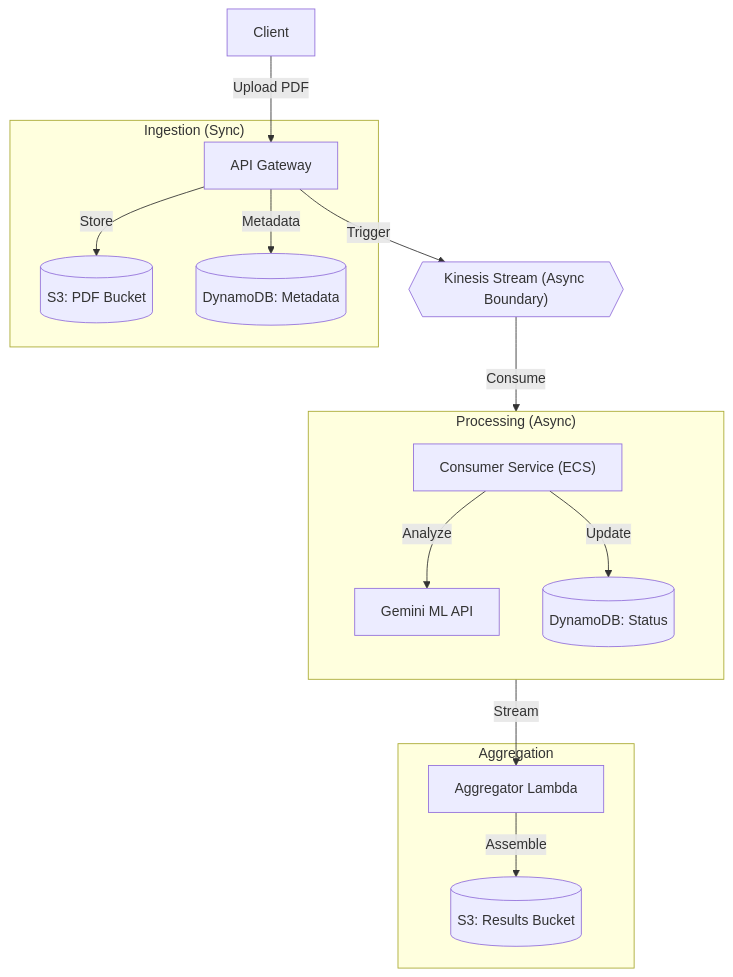
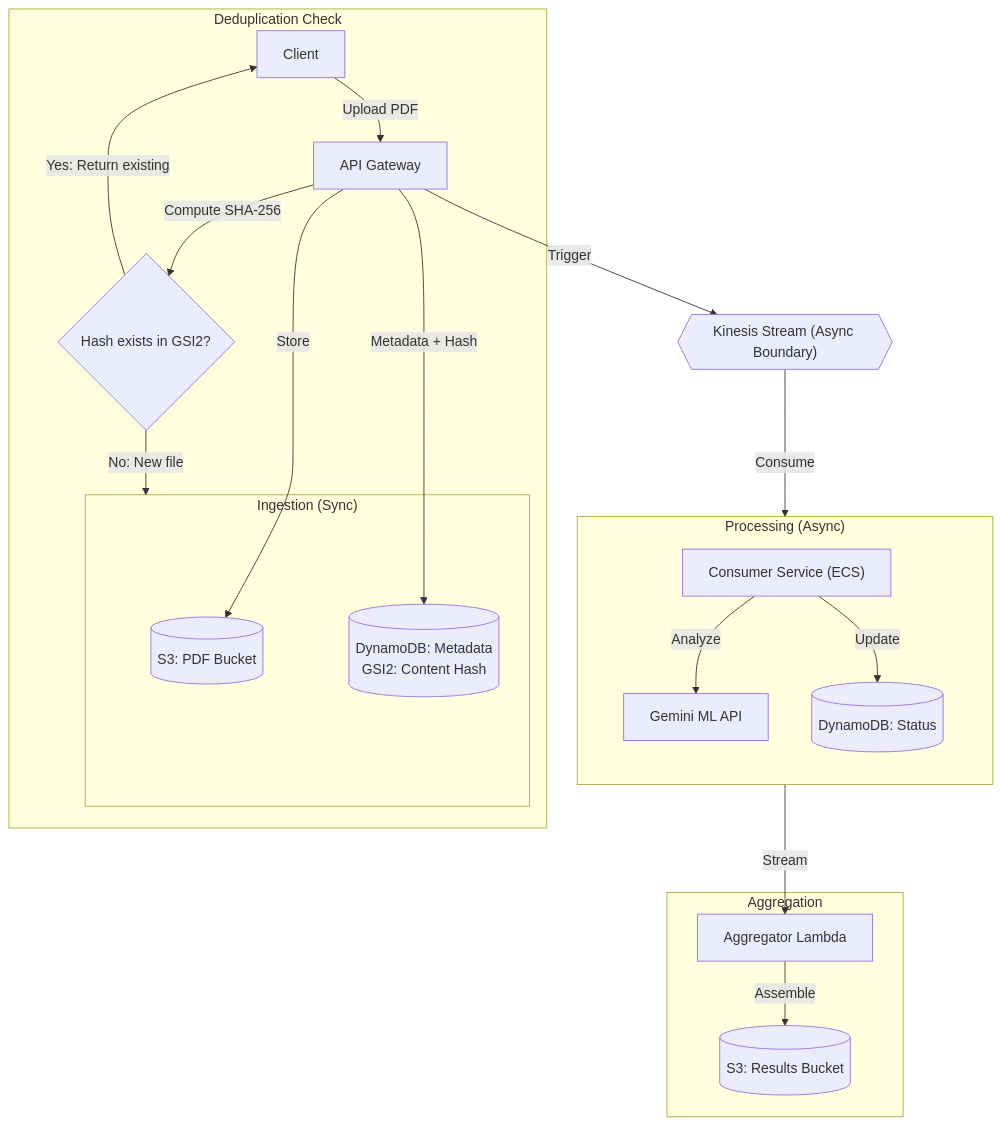
Before and after one commit to sphoortimirji5/Distributed-ML-Document-Orchestrator: the diagram in README.md, drawn with Mermaid. The commit also changed other lines of this file, not shown here.

Commit message:
docs: update architecture diagram with deduplication flow
- Add deduplication check to mermaid diagram showing hash computation
- Show decision point: hash exists -> return existing, new file -> store
- Update DynamoDB metadata to show GSI2 for content hash
- Rename "Durability & Idempotency" to "Deduplication & Idempotency"
- Add bullet point explaining SHA-256 content hash deduplication

````diff
--- a/README.md
+++ b/README.md
@@ -33,30 +33,36 @@
 ```mermaid
 flowchart TD
     Client["Client"] -- "Upload PDF" --> API["API Gateway"]
     
-    subgraph Ingestion ["Ingestion (Sync)"]
+    subgraph Deduplication ["Deduplication Check"]
+        API -- "Compute SHA-256" --> HashCheck{"Hash exists in GSI2?"}
+        HashCheck -- "Yes: Return existing" --> Client
+        HashCheck -- "No: New file" --> StoreFlow
+    end
+    
+    subgraph StoreFlow ["Ingestion (Sync)"]
         API -- "Store" --> S3_PDF[("S3: PDF Bucket")]
-        API -- "Metadata" --> DDB_Meta[("DynamoDB: Metadata")]
+        API -- "Metadata + Hash" --> DDB_Meta[("DynamoDB: Metadata<br/>GSI2: Content Hash")]
     end
 
     API -- "Trigger" --> Kinesis{{"Kinesis Stream (Async Boundary)"}}
 
     subgraph Processing ["Processing (Async)"]
         direction TB
         Consumer["Consumer Service (ECS)"]
         Gemini["Gemini ML API"]
         DDB_Status[("DynamoDB: Status")]
     end
 
     Kinesis -- "Consume" --> Consumer
     Consumer -- "Analyze" --> Gemini
     Consumer -- "Update" --> DDB_Status
 
     subgraph Aggregation ["Aggregation"]
         Aggregator["Aggregator Lambda"]
         S3_Results[("S3: Results Bucket")]
     end
 
     DDB_Status -- "Stream" --> Aggregator
     Aggregator -- "Assemble" --> S3_Results
 ```
````
